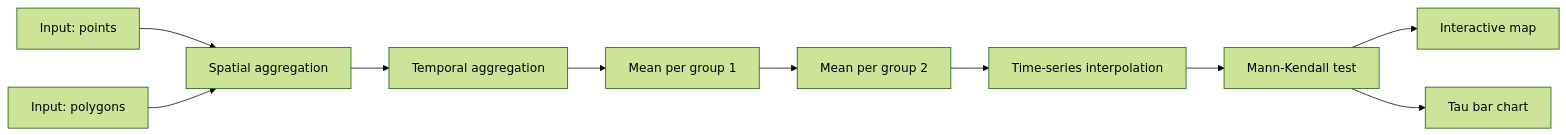
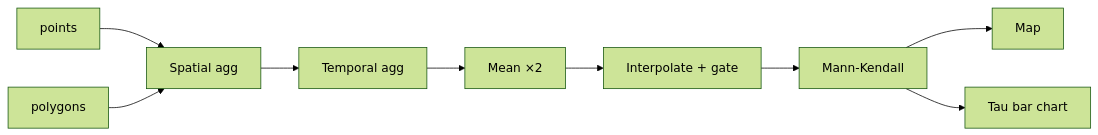
One commit to Mehrad1994/AquaINFRA_Training_Handbooks changed the diagram in docs/trainings/gulf-of-riga/08_workflow_details.md. Above: the diagram before and after it, drawn with Mermaid (forest theme). The commit also changed other lines of this file and 6 other files, not shown here.

````diff
--- a/docs/trainings/gulf-of-riga/08_workflow_details.md
+++ b/docs/trainings/gulf-of-riga/08_workflow_details.md
@@ -35,12 +35,11 @@
 ```mermaid
 flowchart LR
-    A[Input: points] --> B[Spatial aggregation]
-    A2[Input: polygons] --> B
-    B --> C[Temporal aggregation]
-    C --> D1[Mean per group 1]
-    D1 --> D2[Mean per group 2]
-    D2 --> E[Time-series interpolation]
-    E --> F[Mann-Kendall test]
-    F --> G1[Interactive map]
+    A[points] --> B[Spatial agg]
+    A2[polygons] --> B
+    B --> C[Temporal agg]
+    C --> D[Mean ×2]
+    D --> E[Interpolate + gate]
+    E --> F[Mann-Kendall]
+    F --> G1[Map]
     F --> G2[Tau bar chart]
 ```
````
